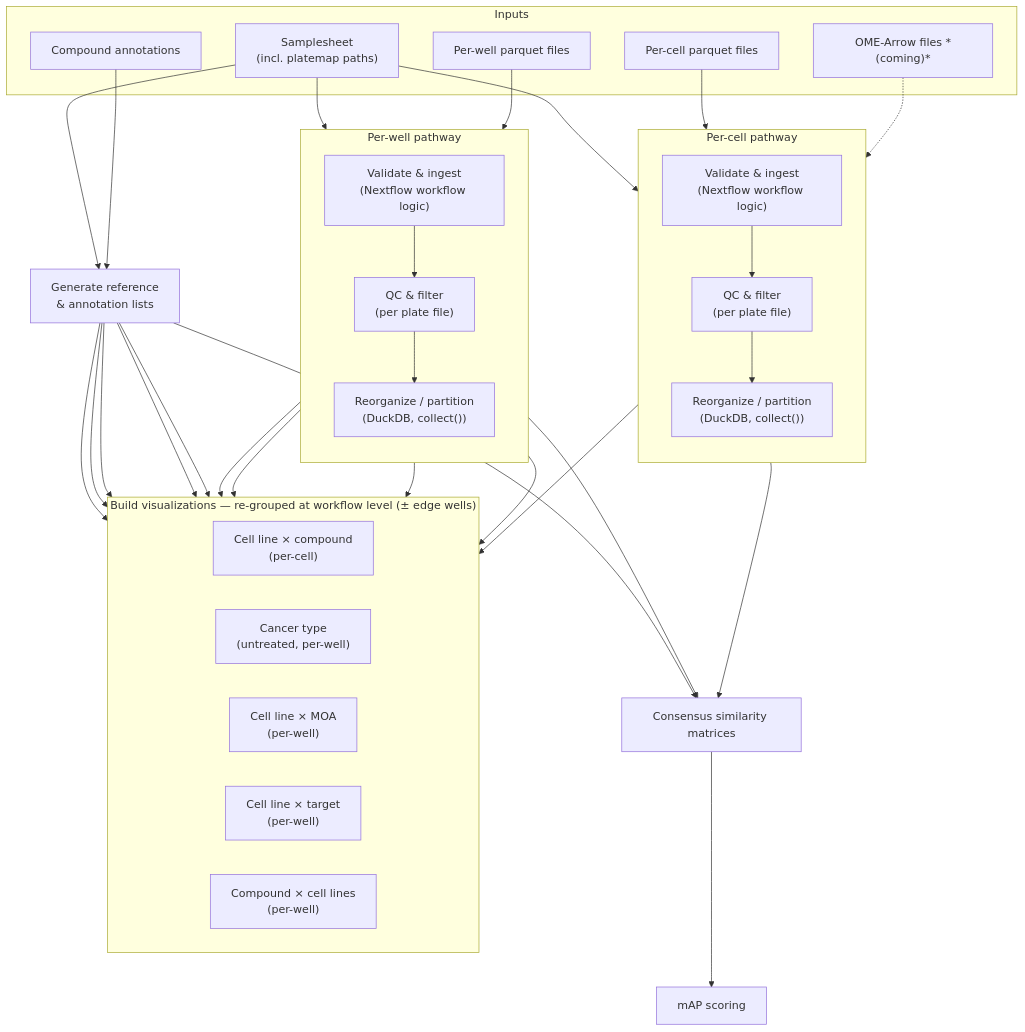
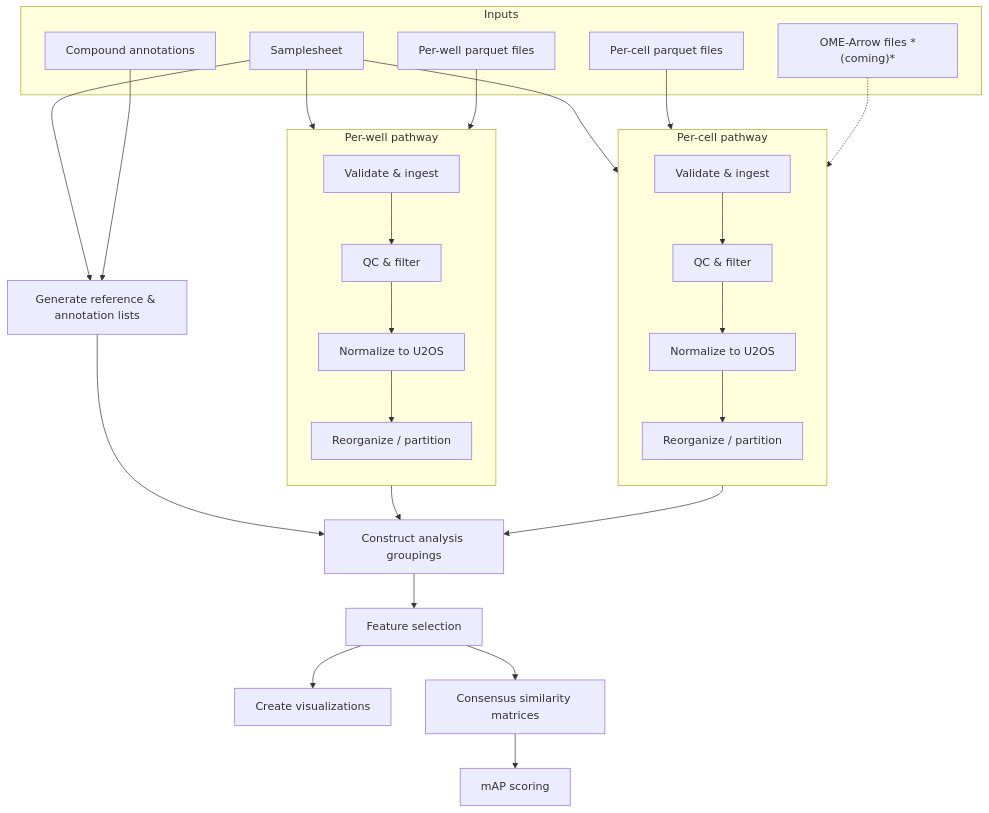
One commit to AlexsLemonade/morphport changed the diagram in planning/outline.md. Above: the diagram before and after it, drawn with Mermaid. The commit also changed other lines of this file, not shown here.

Commit message:
update mermaid

````diff
--- a/planning/outline.md
+++ b/planning/outline.md
@@ -192,48 +190,41 @@
 ```mermaid
 flowchart TD
     subgraph IN["Inputs"]
-        SS["Samplesheet\n(incl. platemap paths)"]
+        SS["Samplesheet"]
         CPQ["Per-cell parquet files"]
         WPQ["Per-well parquet files"]
         CA["Compound annotations"]
         OA["OME-Arrow files *(coming)*"]
     end
 
     subgraph CELL["Per-cell pathway"]
         direction TB
-        VI_C["Validate & ingest\n(Nextflow workflow logic)"]
-        QC_C["QC & filter\n(per plate file)"]
-        P_C["Reorganize / partition\n(DuckDB, collect())"]
-        VI_C --> QC_C --> P_C
+        VI_C["Validate & ingest"]
+        QC_C["QC & filter"]
+        N_C["Normalize to U2OS"]
+        P_C["Reorganize / partition"]
+        VI_C --> QC_C --> N_C --> P_C
     end
 
     subgraph WELL["Per-well pathway"]
         direction TB
-        VI_W["Validate & ingest\n(Nextflow workflow logic)"]
-        QC_W["QC & filter\n(per plate file)"]
-        P_W["Reorganize / partition\n(DuckDB, collect())"]
-        VI_W --> QC_W --> P_W
-    end
-
-    subgraph VIZ["Build visualizations — re-grouped at workflow level (± edge wells)"]
-        direction LR
-        VIZ_C1["Cell line × compound\n(per-cell)"]
-        VIZ_W1["Cancer type\n(untreated, per-well)"]
-        VIZ_W2["Cell line × MOA\n(per-well)"]
-        VIZ_W3["Cell line × target\n(per-well)"]
-        VIZ_W4["Compound × cell lines\n(per-well)"]
+        VI_W["Validate & ingest"]
+        QC_W["QC & filter"]
+        N_W["Normalize to U2OS"]
+        P_W["Reorganize / partition"]
+        VI_W --> QC_W --> N_W --> P_W
     end
 
     SS & CPQ --> VI_C
     SS & WPQ --> VI_W
     OA -.-> VI_C
-    SS & CA --> REF["Generate reference\n& annotation lists"]
+    SS & CA --> REF["Generate reference & annotation lists"]
 
-    P_C --> VIZ_C1
-    P_W --> VIZ_W1 & VIZ_W2 & VIZ_W3 & VIZ_W4
-    REF --> VIZ_C1 & VIZ_W1 & VIZ_W2 & VIZ_W3 & VIZ_W4
+    P_C & P_W --> GRP["Construct analysis groupings"]
+    REF --> GRP
 
-    P_C & P_W --> SIM["Consensus similarity matrices"]
-    REF --> SIM
+    GRP --> FS["Feature selection"]
+    FS --> VIZ["Create visualizations"]
+    FS --> SIM["Consensus similarity matrices"]
     SIM --> MAP["mAP scoring"]
 ```
````
